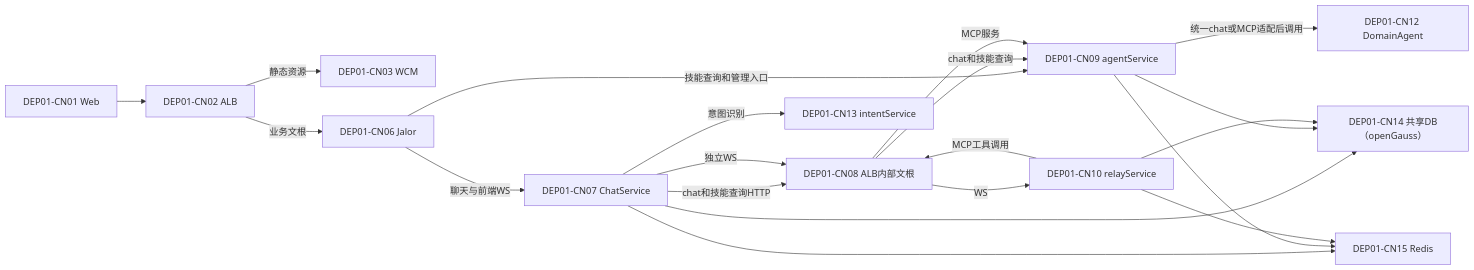
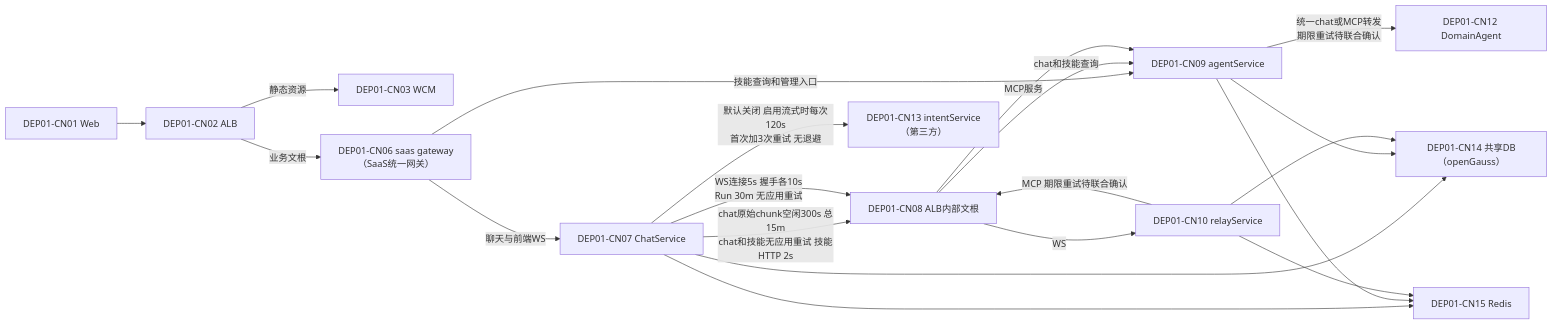
Before and after one commit to kunben-duck/exweb: the first of 7 diagrams in docs/architecture/high-availability/deployment.md, drawn with Mermaid. The commit also changed other lines of this file and 8 other files, not shown here.

````diff
--- a/docs/architecture/high-availability/deployment.md
+++ b/docs/architecture/high-availability/deployment.md
@@ -36,22 +38,22 @@
 ```mermaid
 flowchart LR
     web["DEP01-CN01 Web"] --> edge["DEP01-CN02 ALB"]
     edge -->|静态资源| wcm["DEP01-CN03 WCM"]
-    edge -->|业务文根| jalor["DEP01-CN06 Jalor"]
-    jalor -->|聊天与前端WS| chat["DEP01-CN07 ChatService"]
-    jalor -->|技能查询和管理入口| agent["DEP01-CN09 agentService"]
-    chat -->|chat和技能查询HTTP| internal["DEP01-CN08 ALB内部文根"]
-    chat -->|独立WS| internal
+    edge -->|业务文根| gateway["DEP01-CN06 saas gateway<br/>（SaaS统一网关）"]
+    gateway -->|聊天与前端WS| chat["DEP01-CN07 ChatService"]
+    gateway -->|技能查询和管理入口| agent["DEP01-CN09 agentService"]
+    chat -->|chat原始chunk空闲300s 总15m<br/>chat和技能无应用重试 技能HTTP 2s| internal["DEP01-CN08 ALB内部文根"]
+    chat -->|WS连接5s 握手各10s<br/>Run 30m 无应用重试| internal
     internal -->|chat和技能查询| agent
     internal -->|WS| relay["DEP01-CN10 relayService"]
-    relay -->|MCP工具调用| internal
+    relay -->|MCP 期限重试待联合确认| internal
     internal -->|MCP服务| agent
-    agent -->|统一chat或MCP适配后调用| domain["DEP01-CN12 DomainAgent"]
-    chat -->|意图识别| intent["DEP01-CN13 intentService"]
+    agent -->|统一chat或MCP转发<br/>期限重试待联合确认| domain["DEP01-CN12 DomainAgent"]
+    chat -->|默认关闭 启用流式时每次120s<br/>首次加3次重试 无退避| intent["DEP01-CN13 intentService（第三方）"]
     chat --> db["DEP01-CN14 共享DB（openGauss）"]
     agent --> db
     relay --> db
     chat --> redis["DEP01-CN15 Redis"]
     agent --> redis
     relay --> redis
 ```
````
